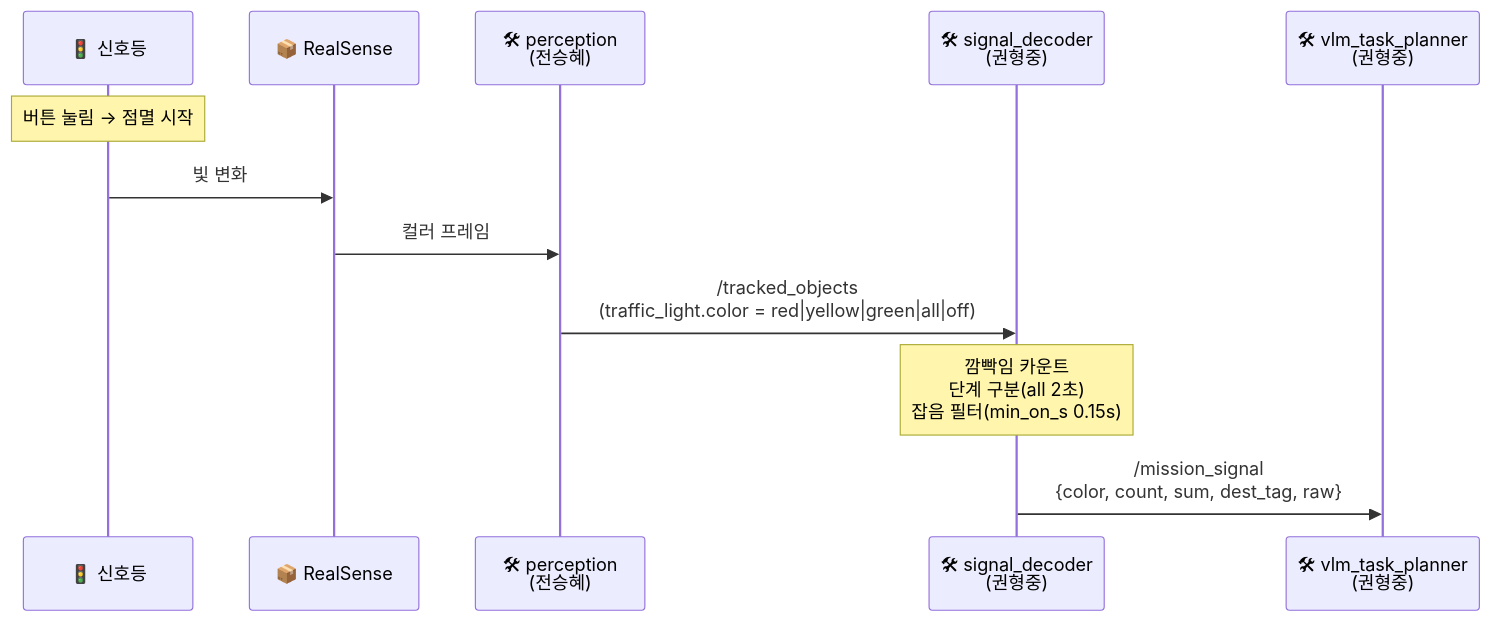
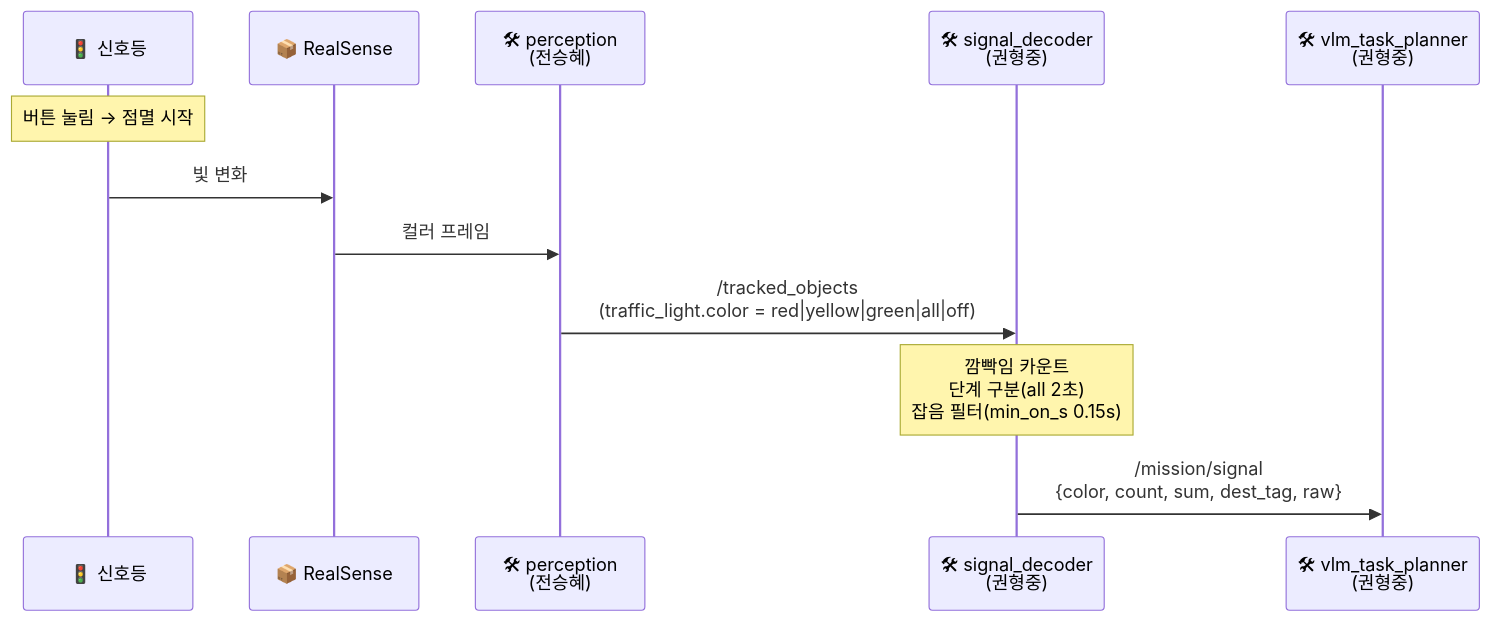
The fourth of 7 diagrams in documents/mission/scenario/08-nodes-per-phase.md (SeungHye-J/Lv2_bee_Assignment), drawn with Mermaid before and after one commit. The commit also changed other lines of this file and 25 other files, not shown here.

````diff
--- a/documents/mission/scenario/08-nodes-per-phase.md
+++ b/documents/mission/scenario/08-nodes-per-phase.md
@@ -177,15 +177,15 @@
 ```mermaid
 sequenceDiagram
     participant TL as 🚦 신호등
     participant CAM as 📦 RealSense
     participant PER as 🛠 perception<br/>(전승혜)
     participant SD as 🛠 signal_decoder<br/>(권형중)
     participant VLM as 🛠 vlm_task_planner<br/>(권형중)
 
     Note over TL: 버튼 눌림 → 점멸 시작
     TL->>CAM: 빛 변화
     CAM->>PER: 컬러 프레임
     PER->>SD: /tracked_objects<br/>(traffic_light.color = red|yellow|green|all|off)
     Note over SD: 깜빡임 카운트<br/>단계 구분(all 2초)<br/>잡음 필터(min_on_s 0.15s)
-    SD->>VLM: /mission_signal<br/>{color, count, sum, dest_tag, raw}
+    SD->>VLM: /mission/signal<br/>{color, count, sum, dest_tag, raw}
 ```
````
